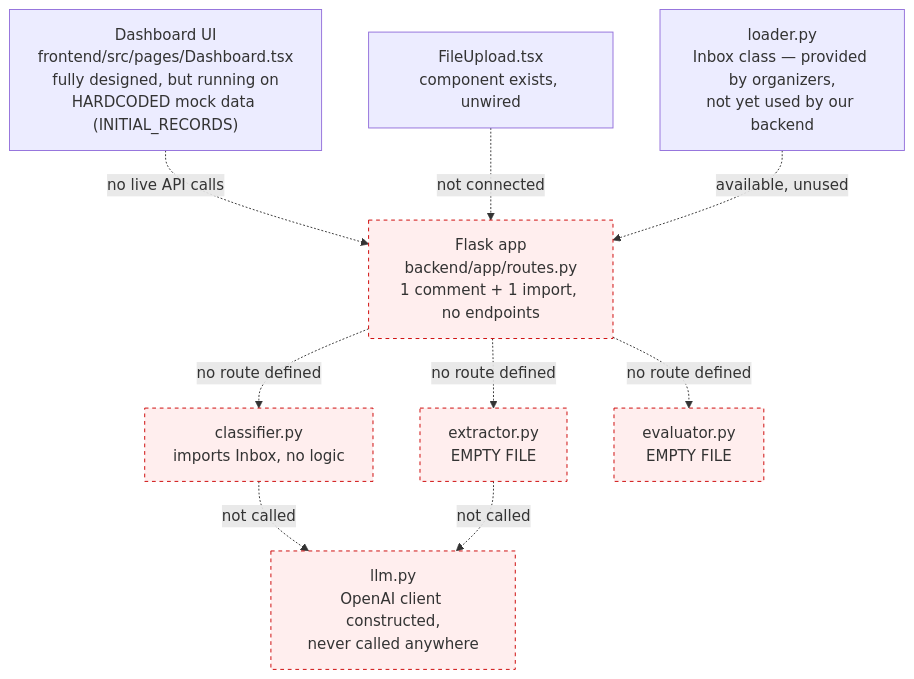
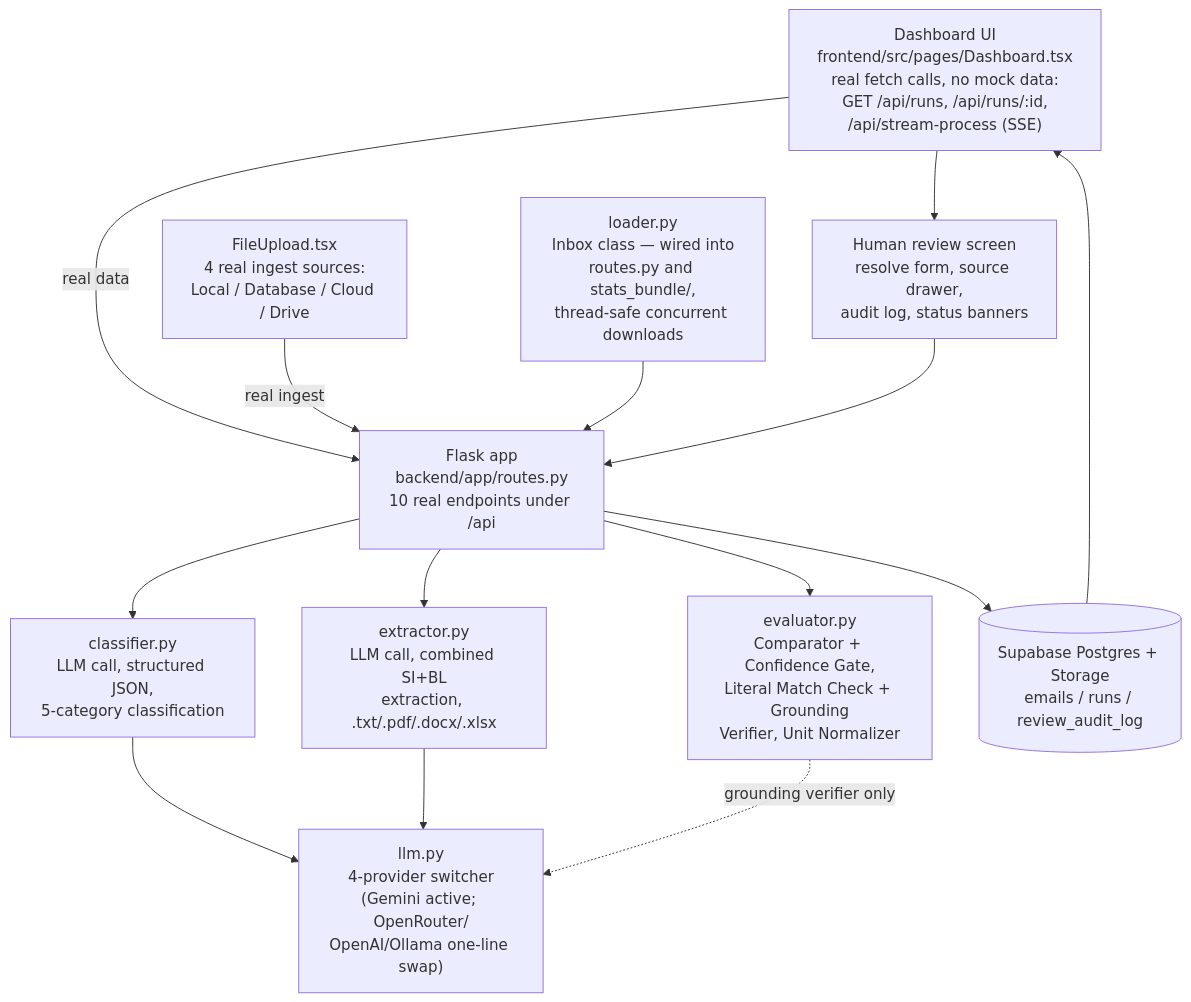
One commit to kianyanglee-pixel/MinionLens changed the first of 2 diagrams in PRD.md. Above: the diagram before and after it, drawn with Mermaid. The commit also changed other lines of this file and 45 other files, not shown here.

````diff
--- a/PRD.md
+++ b/PRD.md
@@ -119,23 +119,27 @@
 ```mermaid
 flowchart TD
-  UI["Dashboard UI\nfrontend/src/pages/Dashboard.tsx\nfully designed, but running on\nHARDCODED mock data (INITIAL_RECORDS)"]
-  Upload["FileUpload.tsx\ncomponent exists, unwired"]
-  API["Flask app\nbackend/app/routes.py\n1 comment + 1 import, no endpoints"]
-  CLS["classifier.py\nimports Inbox, no logic"]
-  EXT["extractor.py\nEMPTY FILE"]
-  EVAL["evaluator.py\nEMPTY FILE"]
-  LLMC["llm.py\nOpenAI client constructed,\nnever called anywhere"]
-  LOADER["loader.py\nInbox class — provided by organizers,\nnot yet used by our backend"]
+  UI["Dashboard UI\nfrontend/src/pages/Dashboard.tsx\nreal fetch calls, no mock data:\nGET /api/runs, /api/runs/:id,\n/api/stream-process (SSE)"]
+  Upload["FileUpload.tsx\n4 real ingest sources:\nLocal / Database / Cloud / Drive"]
+  API["Flask app\nbackend/app/routes.py\n10 real endpoints under /api"]
+  CLS["classifier.py\nLLM call, structured JSON,\n5-category classification"]
+  EXT["extractor.py\nLLM call, combined SI+BL\nextraction, .txt/.pdf/.docx/.xlsx"]
+  EVAL["evaluator.py\nComparator + Confidence Gate,\nLiteral Match Check + Grounding\nVerifier, Unit Normalizer"]
+  LLMC["llm.py\n4-provider switcher\n(Gemini active; OpenRouter/\nOpenAI/Ollama one-line swap)"]
+  LOADER["loader.py\nInbox class — wired into\nroutes.py and stats_bundle/,\nthread-safe concurrent downloads"]
+  DB[("Supabase Postgres + Storage\nemails / runs / review_audit_log")]
+  REVIEW["Human review screen\nresolve form, source drawer,\naudit log, status banners"]
 
-  UI -.->|no live API calls| API
-  Upload -.->|not connected| API
-  API -.->|no route defined| CLS
-  API -.->|no route defined| EXT
-  API -.->|no route defined| EVAL
-  CLS -.->|not called| LLMC
-  EXT -.->|not called| LLMC
-  LOADER -.->|available, unused| API
-
-  classDef missing fill:#fee,stroke:#c00,stroke-width:1px,stroke-dasharray: 4 4;
-  class API,CLS,EXT,EVAL,LLMC missing;
+  UI -->|real data| API
+  Upload -->|real ingest| API
+  API --> CLS
+  API --> EXT
+  API --> EVAL
+  CLS --> LLMC
+  EXT --> LLMC
+  EVAL -.->|grounding verifier only| LLMC
+  LOADER --> API
+  API --> DB
+  DB --> UI
+  UI --> REVIEW
+  REVIEW --> API
 ```
````
